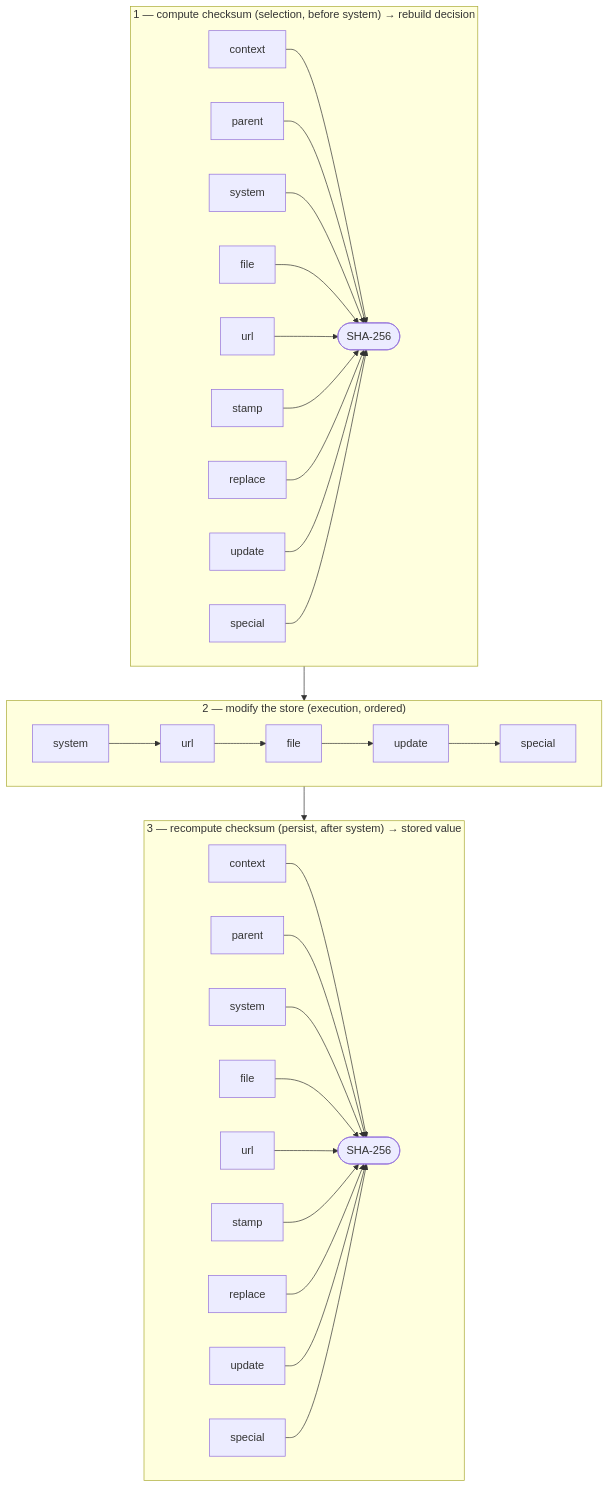
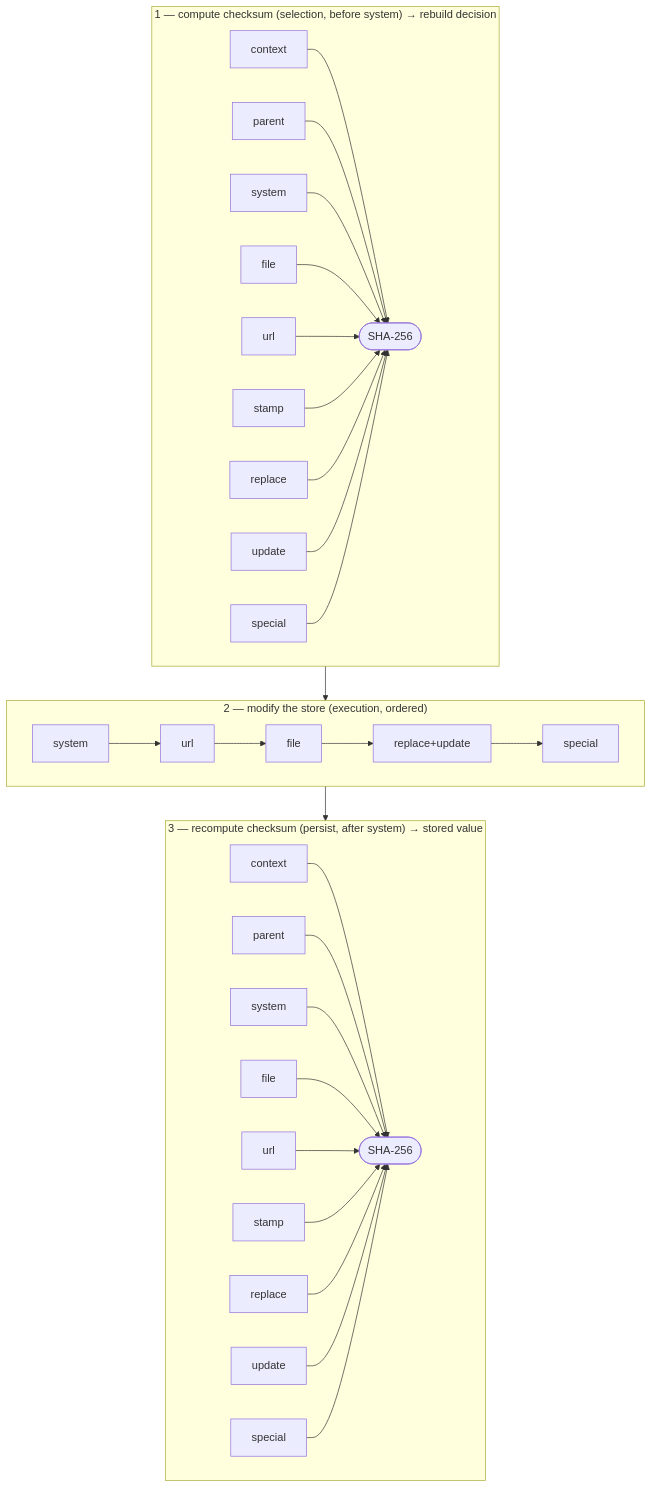
One commit to sib-swiss/kgsteward changed the second of 2 diagrams in doc/execution_model.md. Above: the diagram before and after it, drawn with Mermaid.

Commit message:
doc: label the store-modification update step "replace+update"
replace substitution is applied to the update text as part of that step, so
the execution pass node reads "replace+update".

````diff
--- a/doc/execution_model.md
+++ b/doc/execution_model.md
@@ -83,14 +83,14 @@
 ```mermaid
 flowchart TB
     subgraph S1["1 — compute checksum (selection, before system) → rebuild decision"]
       a1[context] & a2[parent] & a3[system] & a4[file] & a5[url] & a6[stamp] & a7[replace] & a8[update] & a9[special] --> AH(["SHA-256"])
     end
     subgraph S2["2 — modify the store (execution, ordered)"]
       direction LR
-      b3[system] --> b5[url] --> b4[file] --> b8[update] --> b9[special]
+      b3[system] --> b5[url] --> b4[file] --> b8["replace+update"] --> b9[special]
     end
     subgraph S3["3 — recompute checksum (persist, after system) → stored value"]
       c1[context] & c2[parent] & c3[system] & c4[file] & c5[url] & c6[stamp] & c7[replace] & c8[update] & c9[special] --> CH(["SHA-256"])
     end
     S1 --> S2 --> S3
 ```
````
